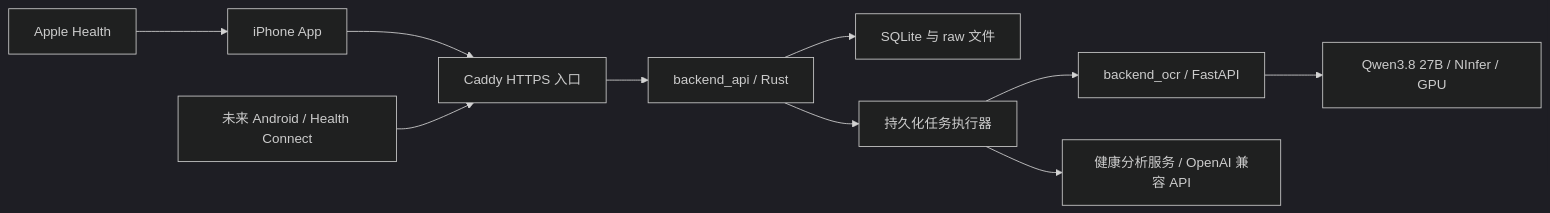
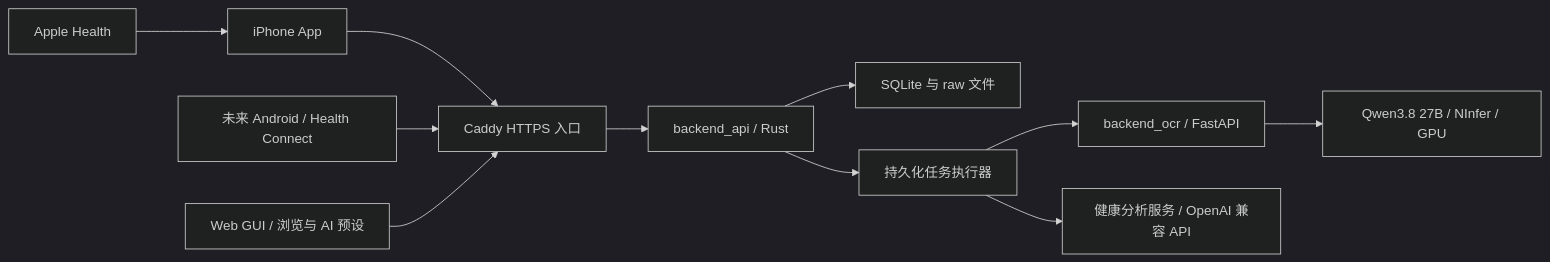
Before and after one commit to yzard/helpyourself: the diagram in docs/architecture.md, drawn with Mermaid (dark theme). The commit also changed other lines of this file and 60 other files, not shown here.

````diff
--- a/docs/architecture.md
+++ b/docs/architecture.md
@@ -5,12 +5,13 @@
 ```mermaid
 flowchart LR
     H[Apple Health] --> I[iPhone App]
     I --> C[Caddy HTTPS 入口]
     C --> R[backend_api / Rust]
     R --> D[SQLite 与 raw 文件]
     R --> J[持久化任务执行器]
     J --> O[backend_ocr / FastAPI]
     O --> N[Qwen3.8 27B / NInfer / GPU]
     J --> A[健康分析服务 / OpenAI 兼容 API]
     G[未来 Android / Health Connect] --> C
+    W[Web GUI / 浏览与 AI 预设] --> C
 ```
````
